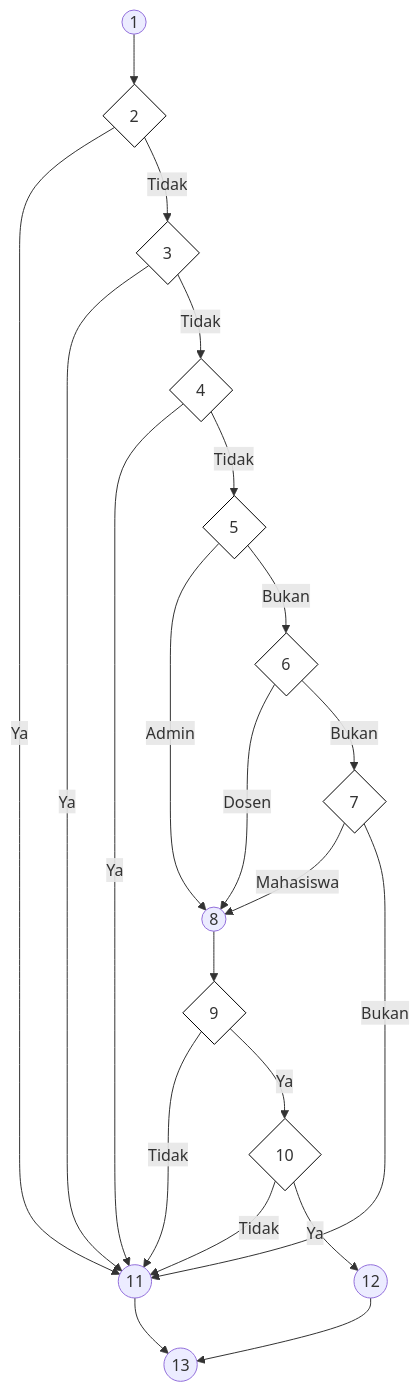
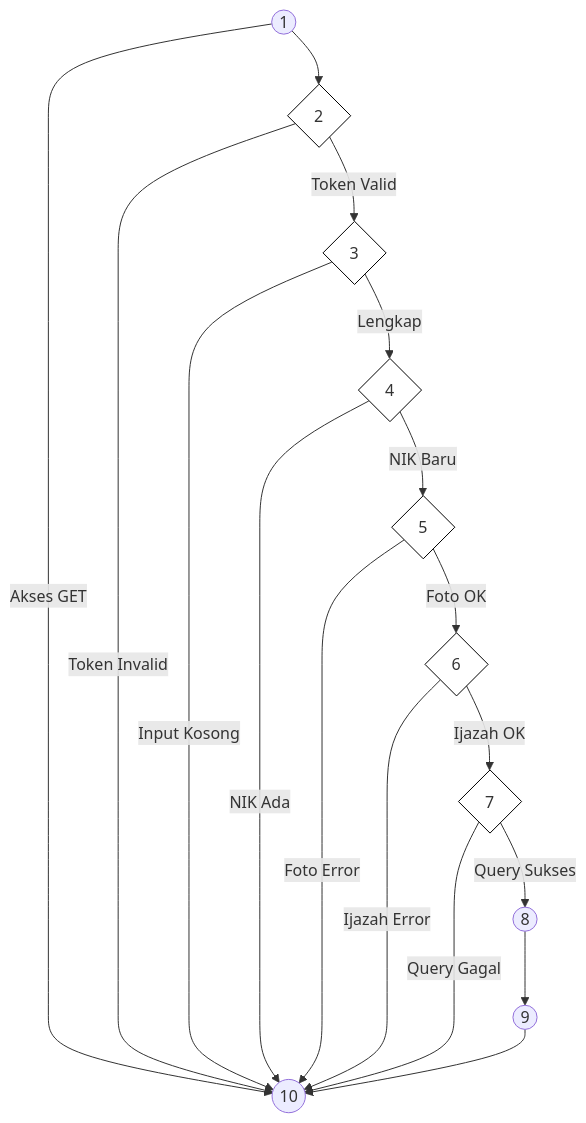
Before and after one commit to arbain-dev/Web_fikom: the second of 2 diagrams in docs/07_PENGUJIAN_WHITE_BOX.md, drawn with Mermaid. The commit also changed other lines of this file, not shown here.

````diff
--- a/docs/07_PENGUJIAN_WHITE_BOX.md
+++ b/docs/07_PENGUJIAN_WHITE_BOX.md
@@ -62,31 +54,26 @@
 ```mermaid
 graph TD
     N1((1)) --> N2{2}
-    N2 -- "Ya" --> N11((11))
-    N2 -- "Tidak" --> N3{3}
-    N3 -- "Ya" --> N11
-    N3 -- "Tidak" --> N4{4}
-    N4 -- "Ya" --> N11
-    N4 -- "Tidak" --> N5{5}
-    N5 -- "Admin" --> N8((8))
-    N5 -- "Bukan" --> N6{6}
-    N6 -- "Dosen" --> N8
-    N6 -- "Bukan" --> N7{7}
-    N7 -- "Mahasiswa" --> N8
-    N7 -- "Bukan" --> N11
-    N8 --> N9{9}
-    N9 -- "Tidak" --> N11
-    N9 -- "Ya" --> N10{10}
-    N10 -- "Tidak" --> N11
-    N10 -- "Ya" --> N12((12))
-    N11 & N12 --> N13((13))
+    N1 -- "Akses GET" --> N10((10))
+    N2 -- "Token Invalid" --> N10
+    N2 -- "Token Valid" --> N3{3}
+    N3 -- "Input Kosong" --> N10
+    N3 -- "Lengkap" --> N4{4}
+    N4 -- "NIK Ada" --> N10
+    N4 -- "NIK Baru" --> N5{5}
+    N5 -- "Foto Error" --> N10
+    N5 -- "Foto OK" --> N6{6}
+    N6 -- "Ijazah Error" --> N10
+    N6 -- "Ijazah OK" --> N7{7}
+    N7 -- "Query Gagal" --> N10
+    N7 -- "Query Sukses" --> N8((8))
+    N8 --> N9((9))
+    N9 --> N10
 
     style N2 fill:#fff,stroke:#000
     style N3 fill:#fff,stroke:#000
     style N4 fill:#fff,stroke:#000
     style N5 fill:#fff,stroke:#000
     style N6 fill:#fff,stroke:#000
     style N7 fill:#fff,stroke:#000
-    style N9 fill:#fff,stroke:#000
-    style N10 fill:#fff,stroke:#000
 ```
````
